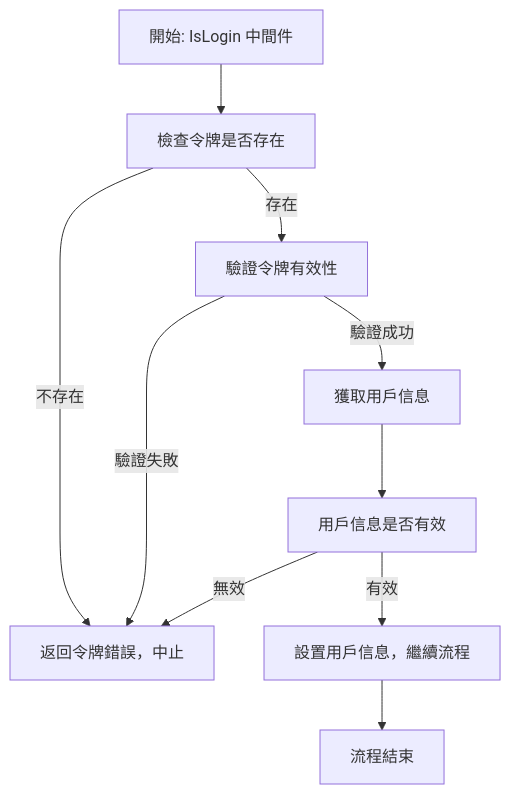
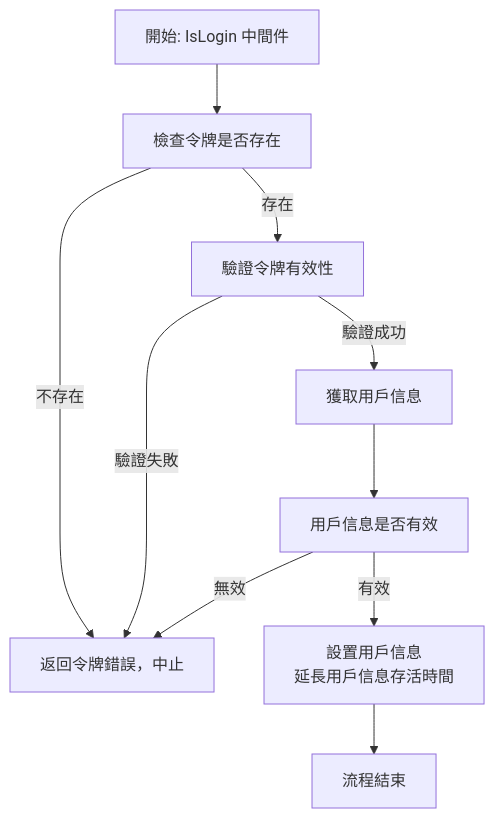
Before and after one commit to rickylin614/im: the fourth of 4 diagrams in README.md, drawn with Mermaid.

````diff
--- a/README.md
+++ b/README.md
@@ -66,13 +66,13 @@
 ```mermaid
 graph TD
     A["開始: IsLogin 中間件"] --> B["檢查令牌是否存在"]
     B -- 不存在 --> C["返回令牌錯誤，中止"]
     B -- 存在 --> D["驗證令牌有效性"]
     D -- 驗證失敗 --> C
     D -- 驗證成功 --> E["獲取用戶信息"]
     E --> F["用戶信息是否有效"]
     F -- 無效 --> C
-    F -- 有效 --> G["設置用戶信息，繼續流程"]
+    F -- 有效 --> G["設置用戶信息<br>延長用戶信息存活時間"]
     G --> H["流程結束"] 
     
 ```
````
